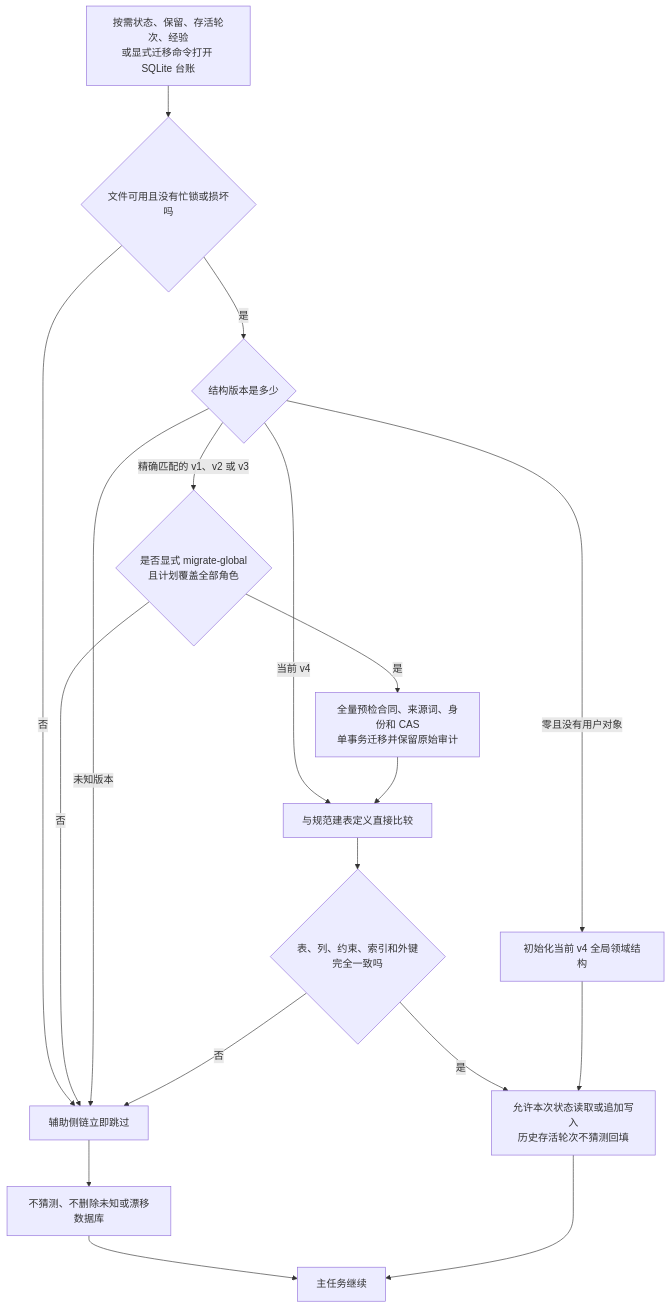
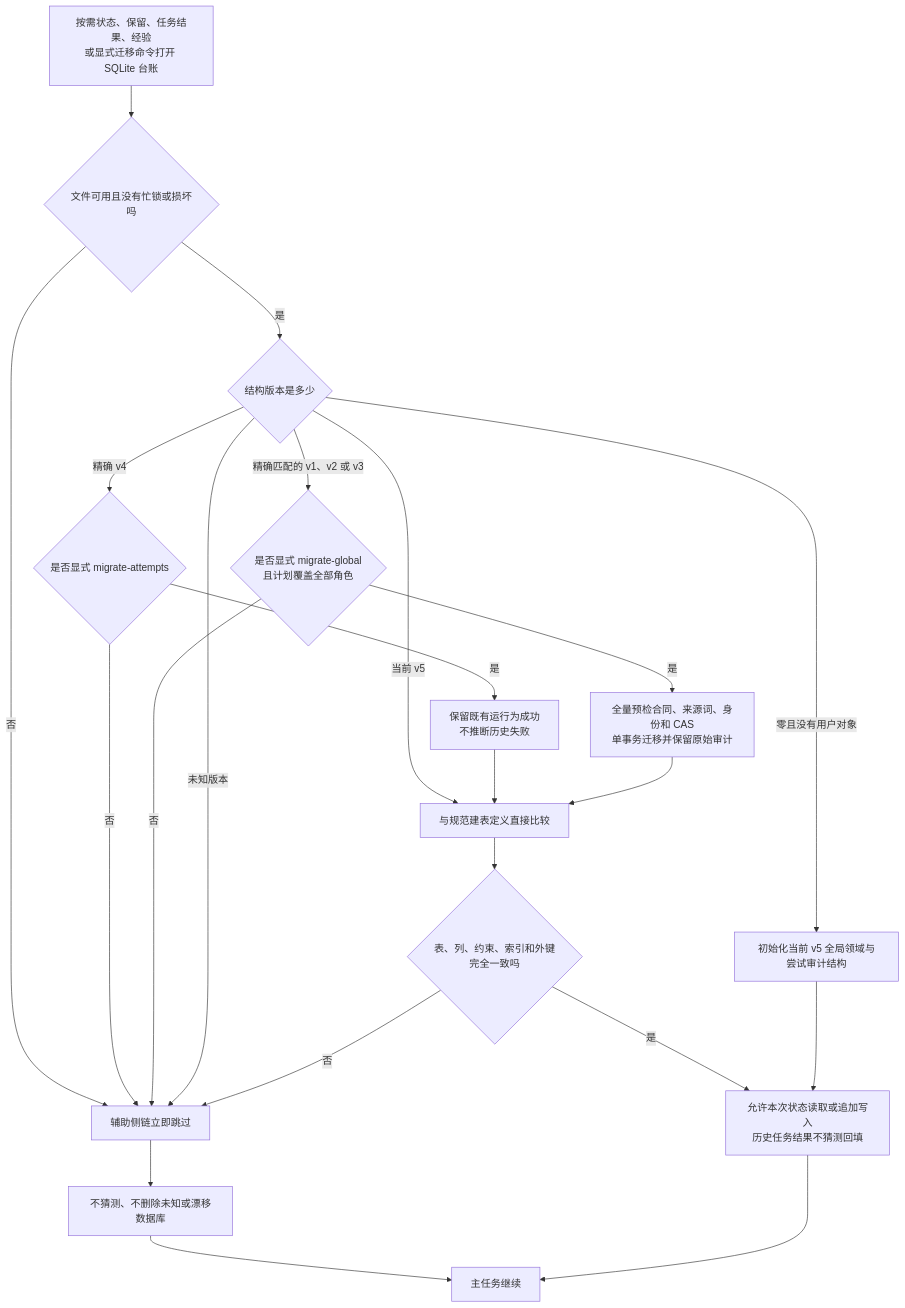
Before and after one commit to Lang45/codex-lean-stack: diagram 11 of 13 in skills/lean-stack/references/flowcharts-zh.md, drawn with Mermaid. The commit also changed other lines of this file and 16 other files, not shown here.

````diff
--- a/skills/lean-stack/references/flowcharts-zh.md
+++ b/skills/lean-stack/references/flowcharts-zh.md
@@ -593,20 +598,24 @@
 ```mermaid
 flowchart TD
-    A[按需状态、保留、存活轮次、经验<br/>或显式迁移命令打开 SQLite 台账] --> B{文件可用且没有忙锁或损坏吗}
+    A[按需状态、保留、任务结果、经验<br/>或显式迁移命令打开 SQLite 台账] --> B{文件可用且没有忙锁或损坏吗}
     B -->|否| C[辅助侧链立即跳过]
     B -->|是| D{结构版本是多少}
-    D -->|零且没有用户对象| E[初始化当前 v4 全局领域结构]
-    D -->|当前 v4| F[与规范建表定义直接比较]
+    D -->|零且没有用户对象| E[初始化当前 v5 全局领域与尝试审计结构]
+    D -->|当前 v5| F[与规范建表定义直接比较]
+    D -->|精确 v4| V4{是否显式 migrate-attempts}
+    V4 -->|否| C
+    V4 -->|是| V5[保留既有运行为成功<br/>不推断历史失败]
+    V5 --> F
     D -->|精确匹配的 v1、v2 或 v3| G{是否显式 migrate-global<br/>且计划覆盖全部角色}
     G -->|否| C
     G -->|是| G2[全量预检合同、来源词、身份和 CAS<br/>单事务迁移并保留原始审计]
     G2 --> F
     D -->|未知版本| C
     F --> H{表、列、约束、索引和外键完全一致吗}
-    H -->|是| I[允许本次状态读取或追加写入<br/>历史存活轮次不猜测回填]
+    H -->|是| I[允许本次状态读取或追加写入<br/>历史任务结果不猜测回填]
     H -->|否| C
     C --> J[不猜测、不删除未知或漂移数据库]
     J --> K[主任务继续]
     E --> I
     I --> K
 ```
````
